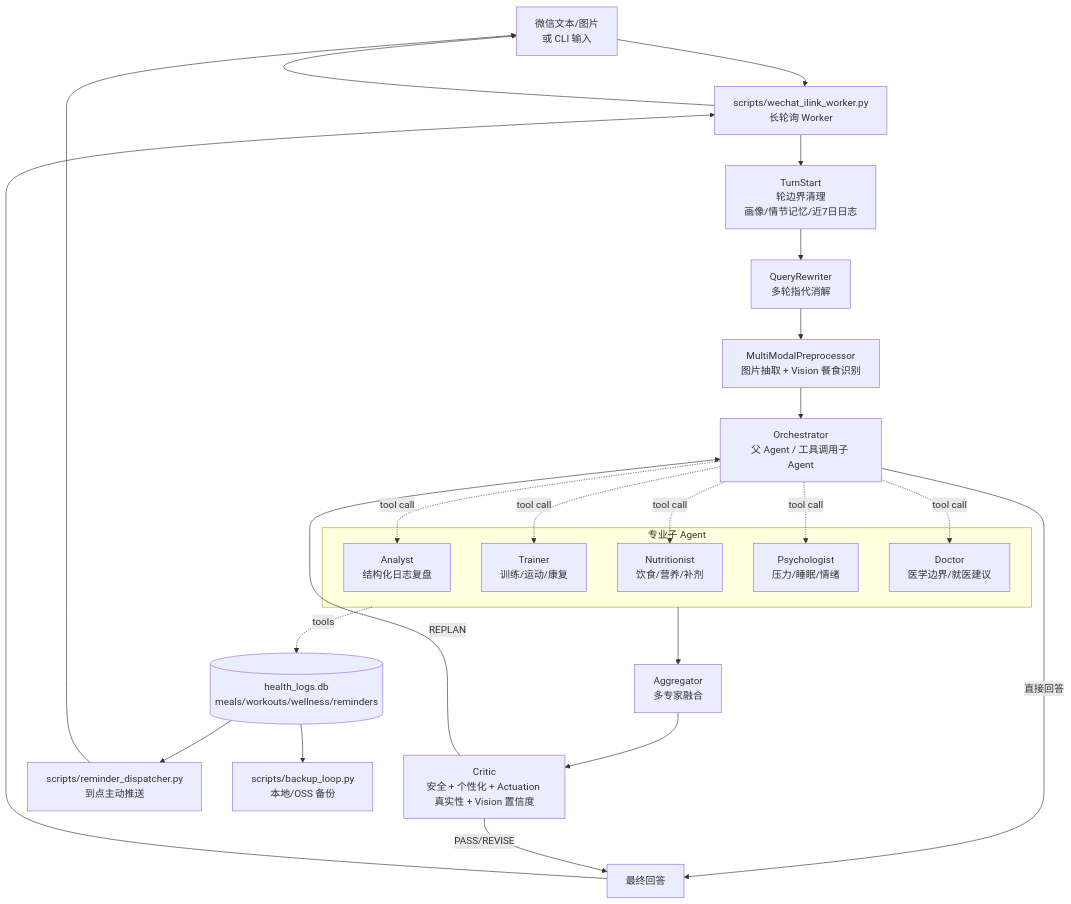
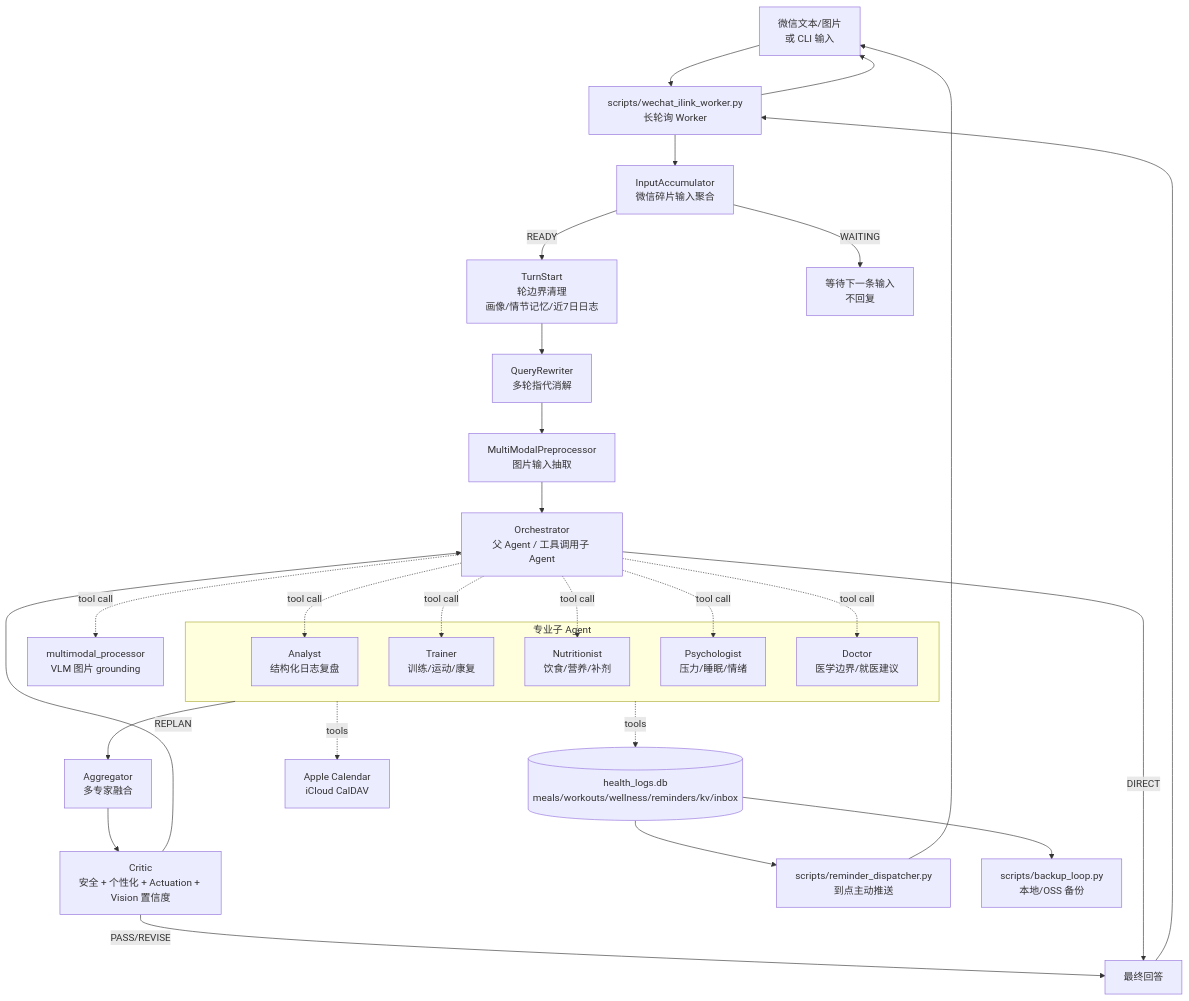
Before and after one commit to MichaelSou1/wellness-copilot: the diagram in README.md, drawn with Mermaid. The commit also changed other lines of this file and 33 other files, not shown here.

````diff
--- a/README.md
+++ b/README.md
@@ -46,35 +373,39 @@
 ```mermaid
 flowchart TD
     WX[微信文本/图片<br/>或 CLI 输入] --> Worker[scripts/wechat_ilink_worker.py<br/>长轮询 Worker]
-    Worker --> TS[TurnStart<br/>轮边界清理<br/>画像/情节记忆/近7日日志]
+    Worker --> IA[InputAccumulator<br/>微信碎片输入聚合]
+    IA -->|READY| TS[TurnStart<br/>轮边界清理<br/>画像/情节记忆/近7日日志]
+    IA -->|WAITING| END0[等待下一条输入<br/>不回复]
     TS --> QR[QueryRewriter<br/>多轮指代消解]
-    QR --> MMP[MultiModalPreprocessor<br/>图片抽取 + Vision 餐食识别]
+    QR --> MMP[MultiModalPreprocessor<br/>图片输入抽取]
     MMP --> ORC[Orchestrator<br/>父 Agent / 工具调用子 Agent]
+    ORC -. tool call .-> VLM[multimodal_processor<br/>VLM 图片 grounding]
 
     subgraph ChildAgents[专业子 Agent]
       ANA[Analyst<br/>结构化日志复盘]
       TR[Trainer<br/>训练/运动/康复]
       NU[Nutritionist<br/>饮食/营养/补剂]
       PS[Psychologist<br/>压力/睡眠/情绪]
       DR[Doctor<br/>医学边界/就医建议]
     end
 
     ORC -. tool call .-> ANA
     ORC -. tool call .-> TR
     ORC -. tool call .-> NU
     ORC -. tool call .-> PS
     ORC -. tool call .-> DR
 
     ChildAgents --> AGG[Aggregator<br/>多专家融合]
-    AGG --> CR[Critic<br/>安全 + 个性化 + Actuation 真实性 + Vision 置信度]
-    ORC -->|直接回答| END1[最终回答]
-    CR -->|PASS/REVISE| END1
+    AGG --> CR[Critic<br/>安全 + 个性化 + Actuation + Vision 置信度]
+    CR -->|PASS/REVISE| FINAL[最终回答]
     CR -->|REPLAN| ORC
-    END1 --> Worker
+    ORC -->|DIRECT| FINAL
+    FINAL --> Worker
     Worker --> WX
 
-    ChildAgents -. tools .-> Logs[(health_logs.db<br/>meals/workouts/wellness/reminders)]
+    ChildAgents -. tools .-> Logs[(health_logs.db<br/>meals/workouts/wellness/reminders/kv/inbox)]
     Logs --> DISP[scripts/reminder_dispatcher.py<br/>到点主动推送]
     DISP --> WX
+    ChildAgents -. tools .-> CAL[Apple Calendar<br/>iCloud CalDAV]
     Logs --> BK[scripts/backup_loop.py<br/>本地/OSS 备份]
 ```
````
